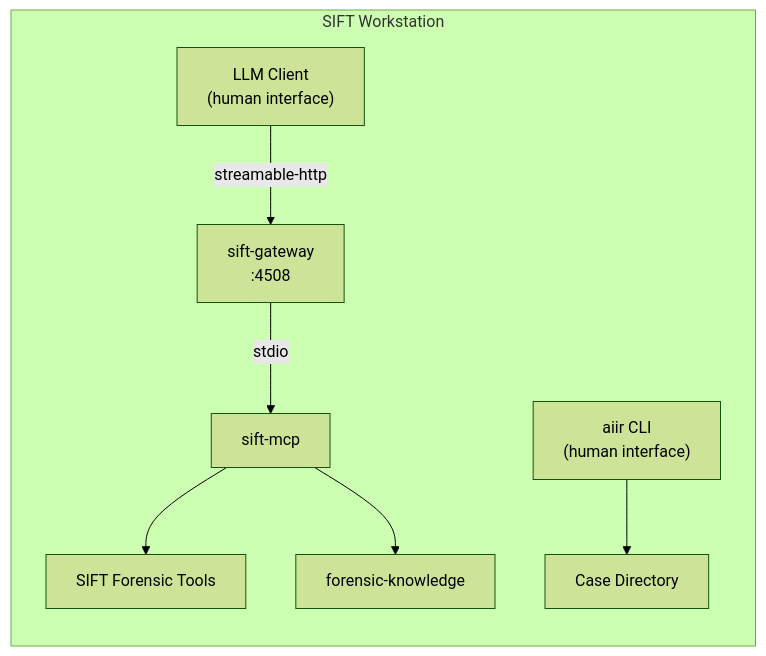
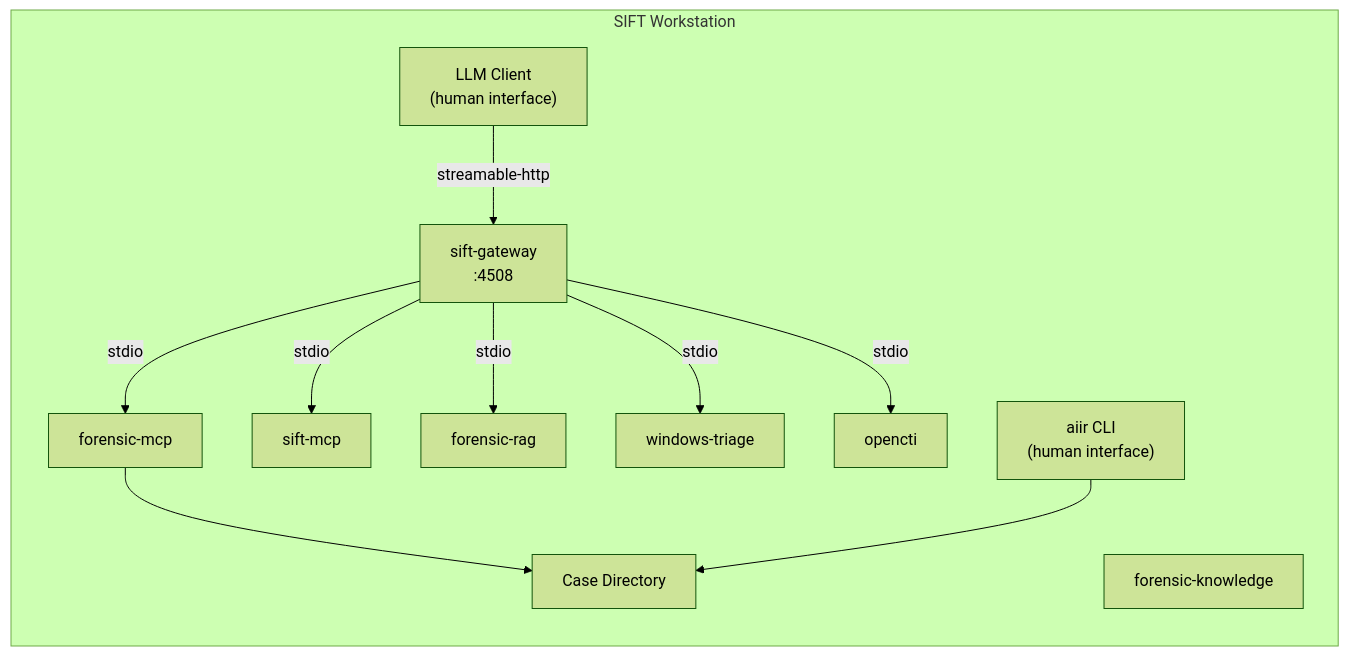
The first of 2 diagrams in README.md (AppliedIR/sift-mcp), drawn with Mermaid (forest theme) before and after one commit. The commit also changed other lines of this file and 7 other files, not shown here.

Commit message:
fix stale refs, acronym, installer defaults, diagram, AGENTS.md path

````diff
--- a/README.md
+++ b/README.md
@@ -9,18 +9,24 @@
 ```mermaid
 graph LR
     subgraph sift ["SIFT Workstation"]
         CC["LLM Client<br/>(human interface)"]
         CLI["aiir CLI<br/>(human interface)"]
         GW["sift-gateway<br/>:4508"]
+        FM["forensic-mcp"]
         SM["sift-mcp"]
-        TOOLS["SIFT Forensic Tools"]
+        RAG["forensic-rag"]
+        WT["windows-triage"]
+        OC["opencti"]
         FK["forensic-knowledge"]
         CASE["Case Directory"]
 
         CC -->|"streamable-http"| GW
+        GW -->|stdio| FM
         GW -->|stdio| SM
-        SM --> TOOLS
-        SM --> FK
+        GW -->|stdio| RAG
+        GW -->|stdio| WT
+        GW -->|stdio| OC
+        FM --> CASE
         CLI --> CASE
     end
 ```
````
